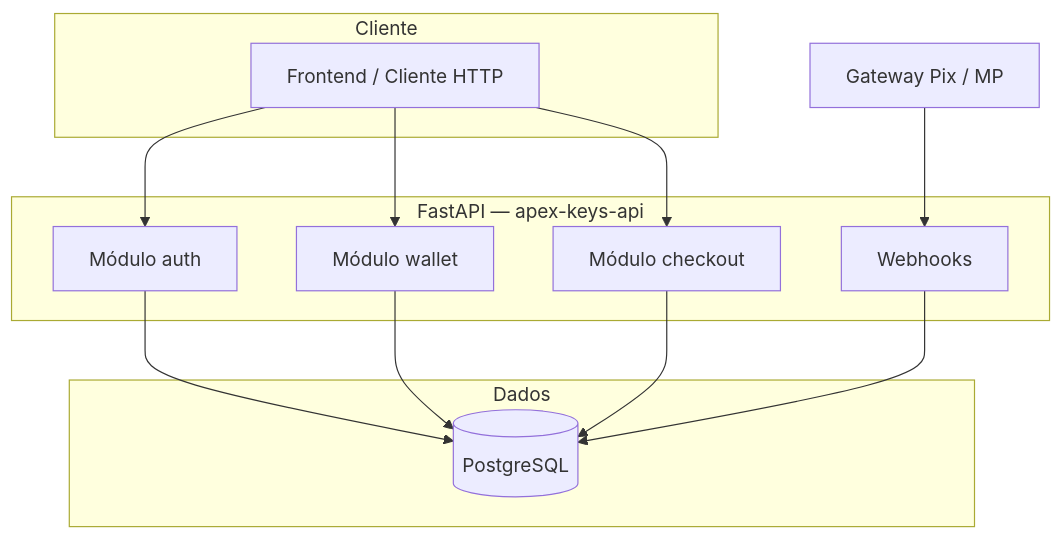
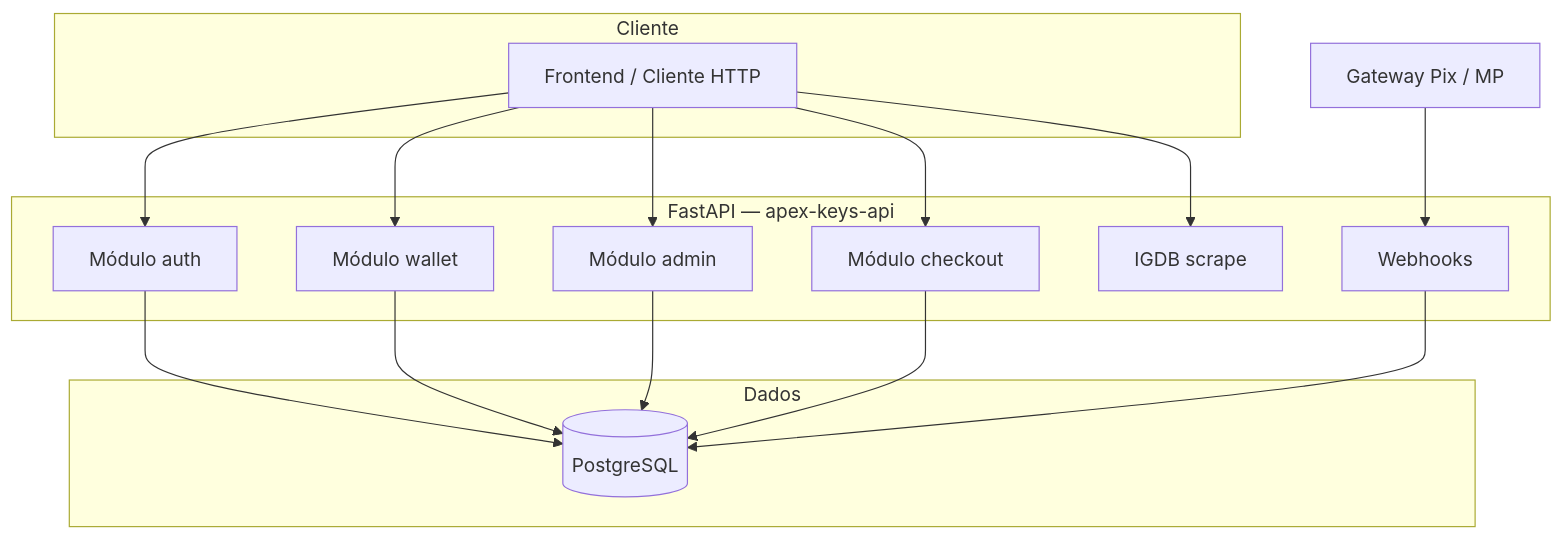
One commit to sidnei-almeida/apex-keys-api changed the diagram in README.md. Above: the diagram before and after it, drawn with Mermaid. The commit also changed other lines of this file and 31 other files, not shown here.

Commit message:
update api and database schema

````diff
--- a/README.md
+++ b/README.md
@@ -47,28 +91,33 @@
 ```mermaid
 flowchart TB
     subgraph Cliente
         WEB[Frontend / Cliente HTTP]
     end
 
     subgraph API["FastAPI — apex-keys-api"]
         AUTH[Módulo auth]
         WAL[Módulo wallet]
+        ADM[Módulo admin]
         CHK[Módulo checkout]
         WH[Webhooks]
+        IGDB[IGDB scrape]
     end
 
     subgraph Dados
         PG[(PostgreSQL)]
     end
 
     GW[Gateway Pix / MP]
 
     WEB --> AUTH
     WEB --> WAL
+    WEB --> ADM
     WEB --> CHK
+    WEB --> IGDB
     GW --> WH
     AUTH --> PG
     WAL --> PG
+    ADM --> PG
     CHK --> PG
     WH --> PG
 ```
````
